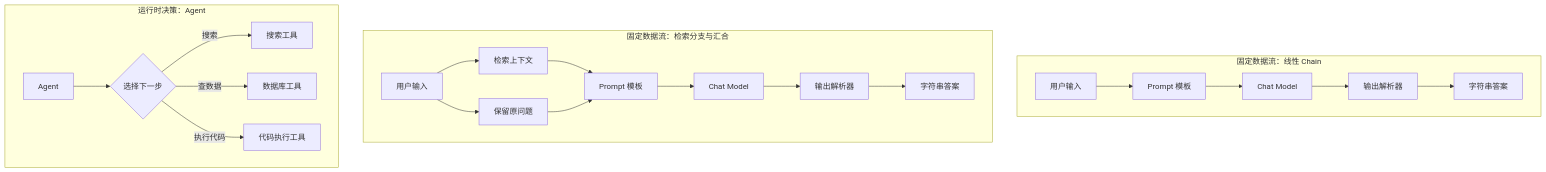
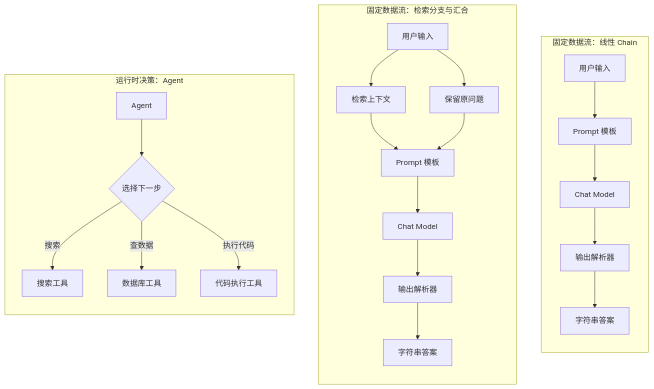
Before and after one commit to lijihao-0804/interview-forge: the fourth of 5 diagrams in books/小林面试笔记AI/langchain/《LangChain 框架面试题》.md, drawn with Mermaid. The commit also changed 524 other files, not shown here.

````diff
--- a/books/小林面试笔记AI/langchain/《LangChain 框架面试题》.md
+++ b/books/小林面试笔记AI/langchain/《LangChain 框架面试题》.md
@@ -449,19 +449,22 @@
 ```mermaid
 flowchart TD
     subgraph Fixed[固定数据流：线性 Chain]
+        direction TB
         U1[用户输入] --> P1[Prompt 模板] --> M1[Chat Model] --> X1[输出解析器] --> A1[字符串答案]
     end
     subgraph Branch[固定数据流：检索分支与汇合]
+        direction TB
         U2[用户输入] --> R2[检索上下文]
         U2 --> Q2[保留原问题]
         R2 --> P2[Prompt 模板]
         Q2 --> P2
         P2 --> M2[Chat Model] --> X2[输出解析器] --> A2[字符串答案]
     end
     subgraph Agent[运行时决策：Agent]
+        direction TB
         L[Agent] --> D{选择下一步}
         D -->|搜索| S[搜索工具]
         D -->|查数据| DB[数据库工具]
         D -->|执行代码| C[代码执行工具]
     end
 ```
````
